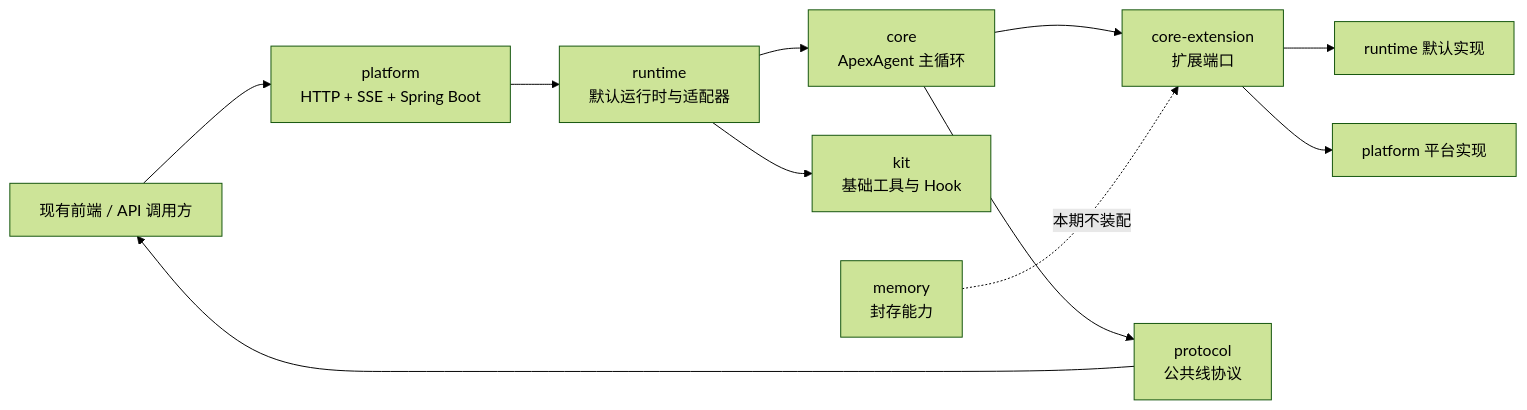
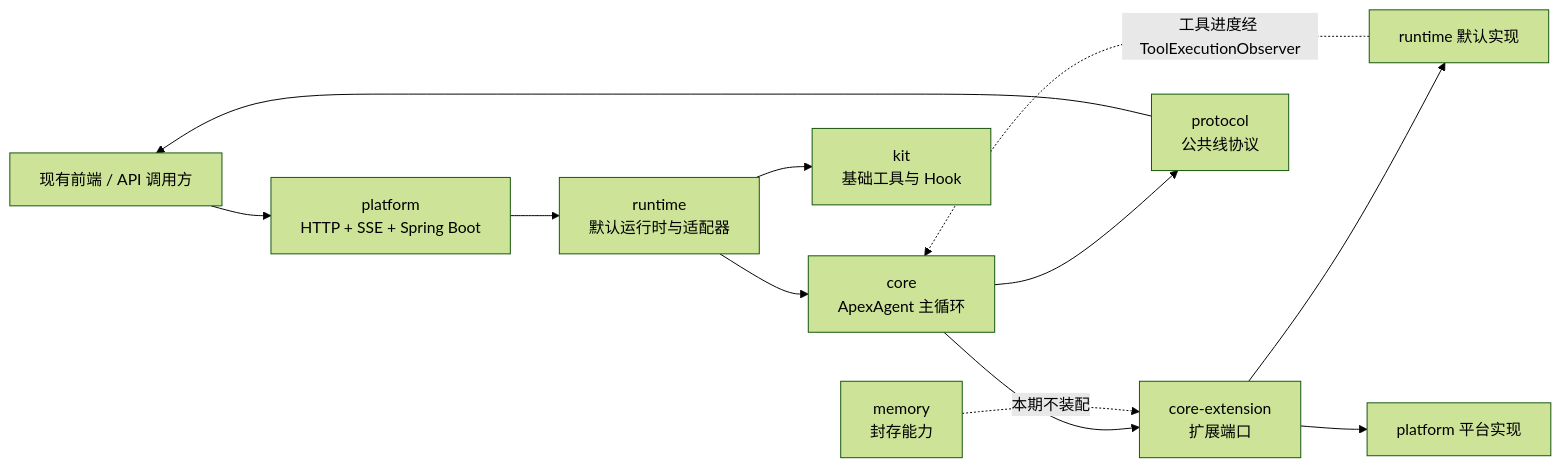
Before and after one commit to gemo12123/apex-agent: the second of 8 diagrams in docs/refact/2026-07-30-apex-agent-backend-architecture.md, drawn with Mermaid (forest theme). The commit also changed other lines of this file and 13 other files, not shown here.

````diff
--- a/docs/refact/2026-07-30-apex-agent-backend-architecture.md
+++ b/docs/refact/2026-07-30-apex-agent-backend-architecture.md
@@ -94,13 +95,14 @@
 ```mermaid
 flowchart LR
     Client["现有前端 / API 调用方"] --> Platform["platform<br/>HTTP + SSE + Spring Boot"]
     Platform --> Runtime["runtime<br/>默认运行时与适配器"]
     Runtime --> Core["core<br/>ApexAgent 主循环"]
     Core --> Ports["core-extension<br/>扩展端口"]
     Ports --> RuntimeImpl["runtime 默认实现"]
     Ports --> PlatformImpl["platform 平台实现"]
+    RuntimeImpl -. "工具进度经 ToolExecutionObserver" .-> Core
     Runtime --> Kit["kit<br/>基础工具与 Hook"]
     Protocol["protocol<br/>公共线协议"] --> Client
     Core --> Protocol
     Memory["memory<br/>封存能力"] -. "本期不装配" .-> Ports
 ```
````
